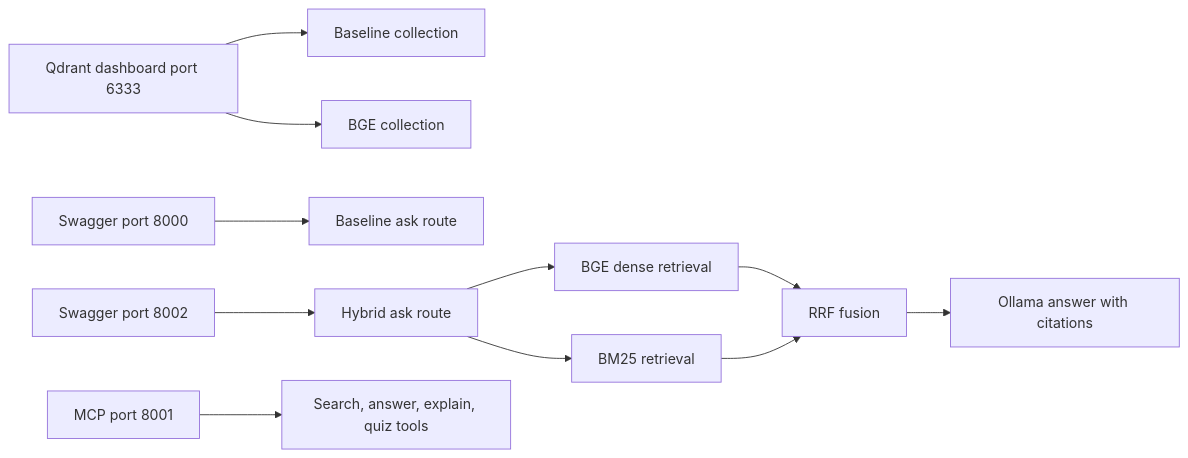
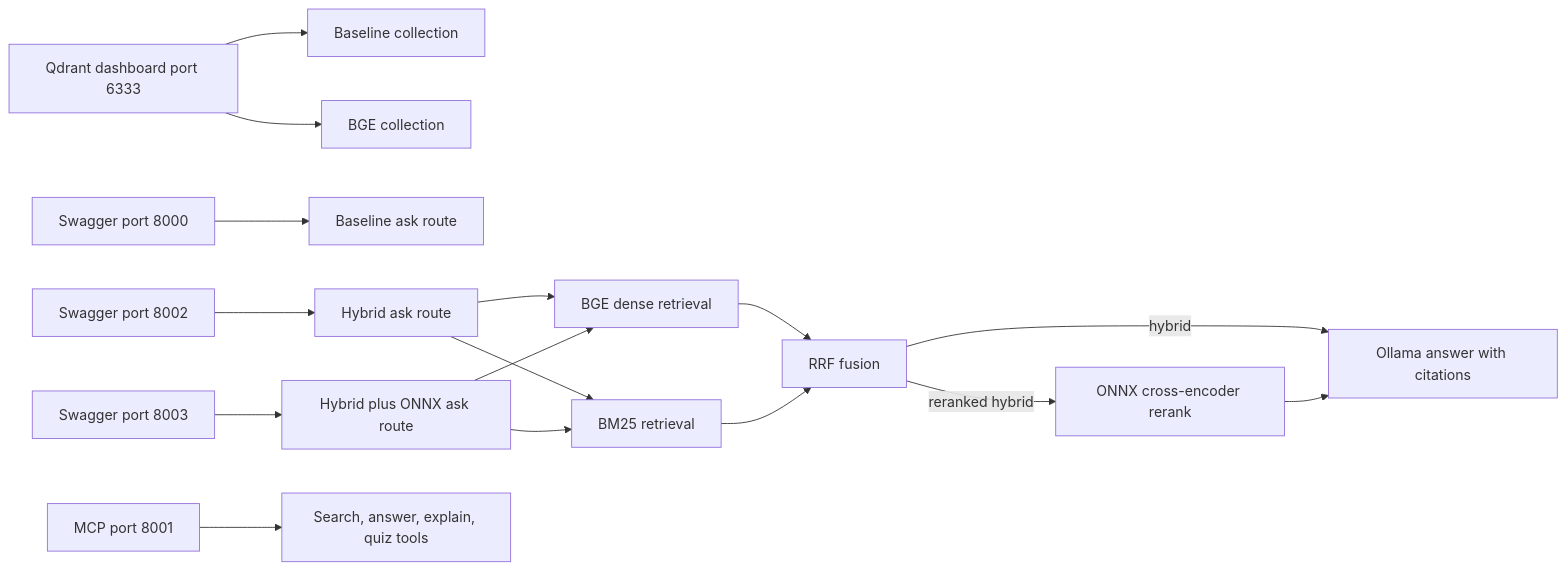
Before and after one commit to sumanthreddy369/Journey_RAG: the diagram in RUNTIME_PLAN.md, drawn with Mermaid. The commit also changed other lines of this file and 2 other files, not shown here.

Commit message:
docs: record verified ONNX reranking runtime

````diff
--- a/RUNTIME_PLAN.md
+++ b/RUNTIME_PLAN.md
@@ -20,13 +21,18 @@
 ```mermaid
 flowchart LR
     A[Qdrant dashboard port 6333] --> B[Baseline collection]
     A --> C[BGE collection]
     D[Swagger port 8000] --> E[Baseline ask route]
     F[Swagger port 8002] --> G[Hybrid ask route]
     G --> H[BGE dense retrieval]
     G --> I[BM25 retrieval]
     H --> J[RRF fusion]
     I --> J
-    J --> K[Ollama answer with citations]
+    J -->|hybrid| K[Ollama answer with citations]
+    N[Swagger port 8003] --> O[Hybrid plus ONNX ask route]
+    O --> H
+    O --> I
+    J -->|reranked hybrid| P[ONNX cross-encoder rerank]
+    P --> K
     L[MCP port 8001] --> M[Search, answer, explain, quiz tools]
 ```
````
